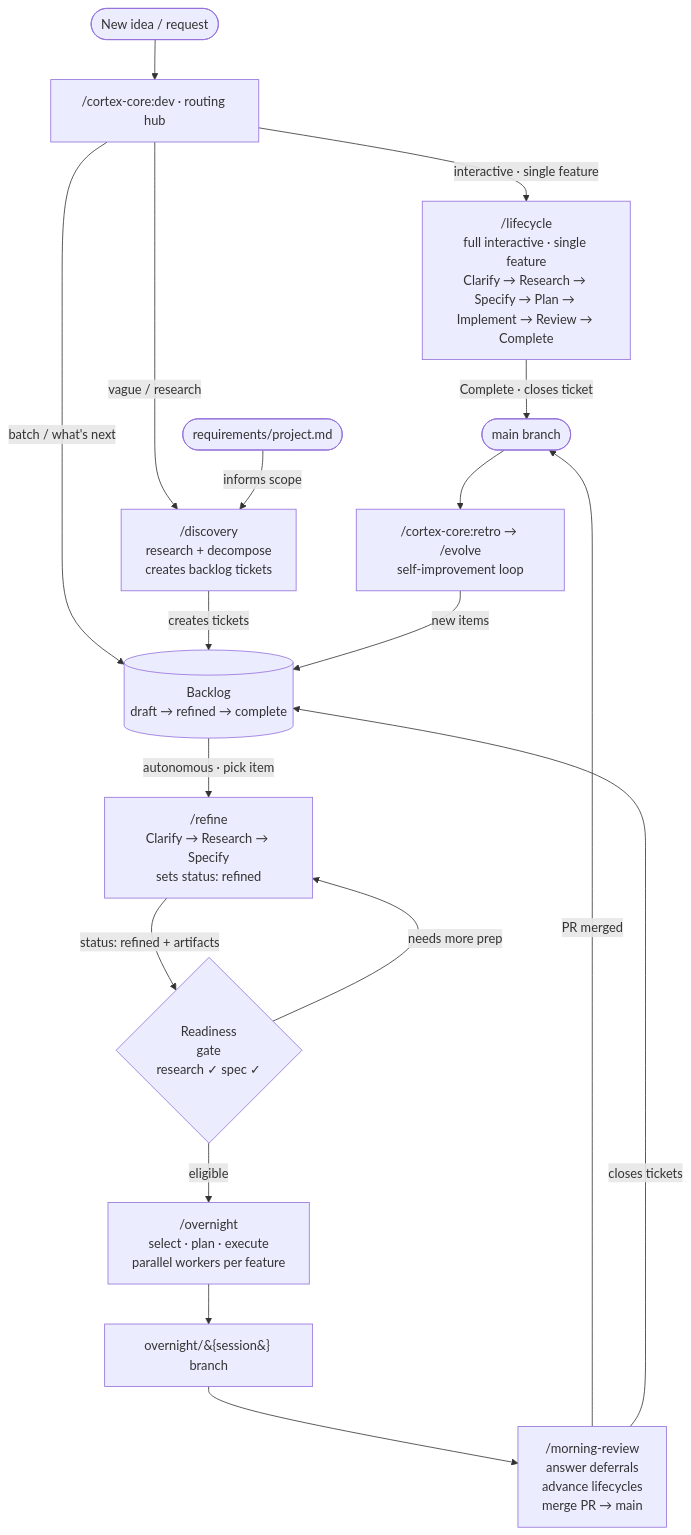
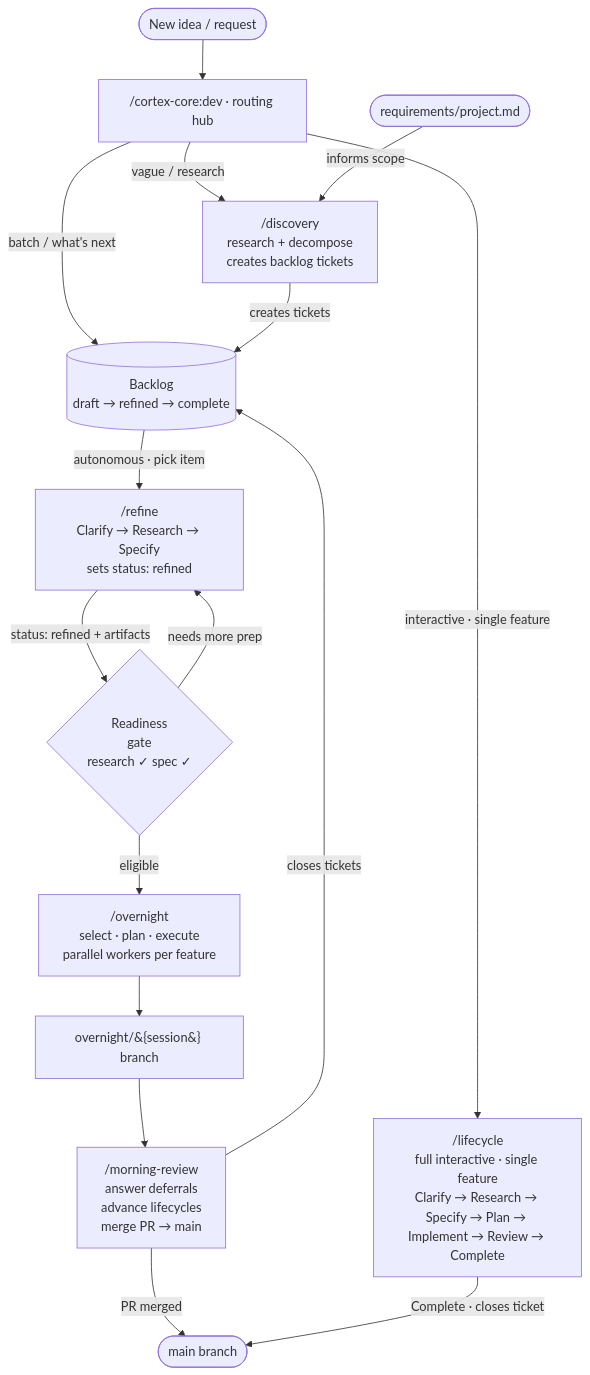
One commit to charleshall888/cortex-command changed the diagram in docs/agentic-layer.md. Above: the diagram before and after it, drawn with Mermaid. The commit also changed other lines of this file, not shown here.

First line of the commit message:
Delete Self-Improvement Loop section from agentic-layer (#171 R10)

````diff
--- a/docs/agentic-layer.md
+++ b/docs/agentic-layer.md
@@ -27,46 +27,41 @@
 ```mermaid
 graph TD
     START([New idea / request])
     DEV["/cortex-core:dev · routing hub"]
 
     LC["/lifecycle\nfull interactive · single feature\nClarify → Research → Specify → Plan → Implement → Review → Complete"]
     DISC["/discovery\nresearch + decompose\ncreates backlog tickets"]
     BACKLOG[("Backlog<br/>draft → refined → complete")]
     REQ([requirements/project.md])
 
     REFINE["/refine\nClarify → Research → Specify\nsets status: refined"]
     GATE{"Readiness\ngate\nresearch ✓  spec ✓"}
 
     OVN["/overnight\nselect · plan · execute\nparallel workers per feature"]
     INTBR["overnight/&#123;session&#125; branch"]
 
     MR["/morning-review\nanswer deferrals\nadvance lifecycles\nmerge PR → main"]
-
-    EVOLVE["/cortex-core:retro → /evolve\nself-improvement loop"]
 
     MAIN([main branch])
 
     START --> DEV
     DEV -->|"interactive · single feature"| LC
     DEV -->|"vague / research"| DISC
     DEV -->|"batch / what's next"| BACKLOG
 
     DISC -->|"creates tickets"| BACKLOG
 
     REQ -->|"informs scope"| DISC
 
     BACKLOG -->|"autonomous · pick item"| REFINE
     REFINE -->|"status: refined + artifacts"| GATE
     GATE -->|"eligible"| OVN
     GATE -->|"needs more prep"| REFINE
 
     OVN --> INTBR
     INTBR --> MR
     MR -->|"PR merged"| MAIN
     MR -->|"closes tickets"| BACKLOG
 
     LC -->|"Complete · closes ticket"| MAIN
-
-    MAIN --> EVOLVE
-    EVOLVE -->|"new items"| BACKLOG
 ```
````
